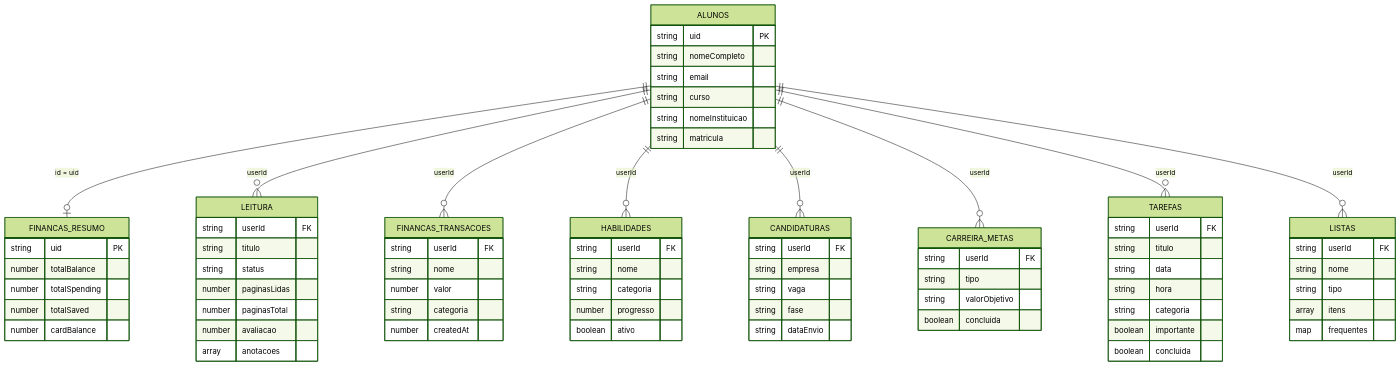
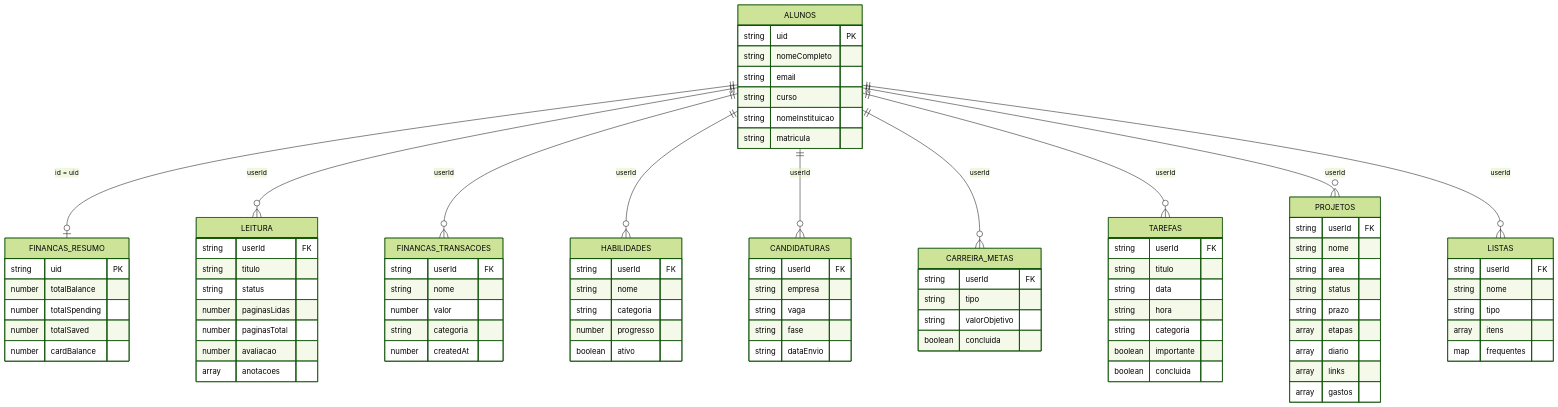
The third of 4 diagrams in README.md (DanielWallans/learnhub2.0), drawn with Mermaid (forest theme) before and after one commit. The commit also changed other lines of this file and 13 other files, not shown here.

```diff
--- a/README.md
+++ b/README.md
@@ -249,6 +255,7 @@
     ALUNOS ||--o{ CANDIDATURAS : userId
     ALUNOS ||--o{ CARREIRA_METAS : userId
     ALUNOS ||--o{ TAREFAS : userId
+    ALUNOS ||--o{ PROJETOS : userId
     ALUNOS ||--o{ LISTAS : userId
 
     ALUNOS {
@@ -305,6 +312,17 @@
         boolean importante
         boolean concluida
     }
+    PROJETOS {
+        string userId FK
+        string nome
+        string area
+        string status
+        string prazo
+        array etapas
+        array diario
+        array links
+        array gastos
+    }
     LISTAS {
         string userId FK
         string nome
```
